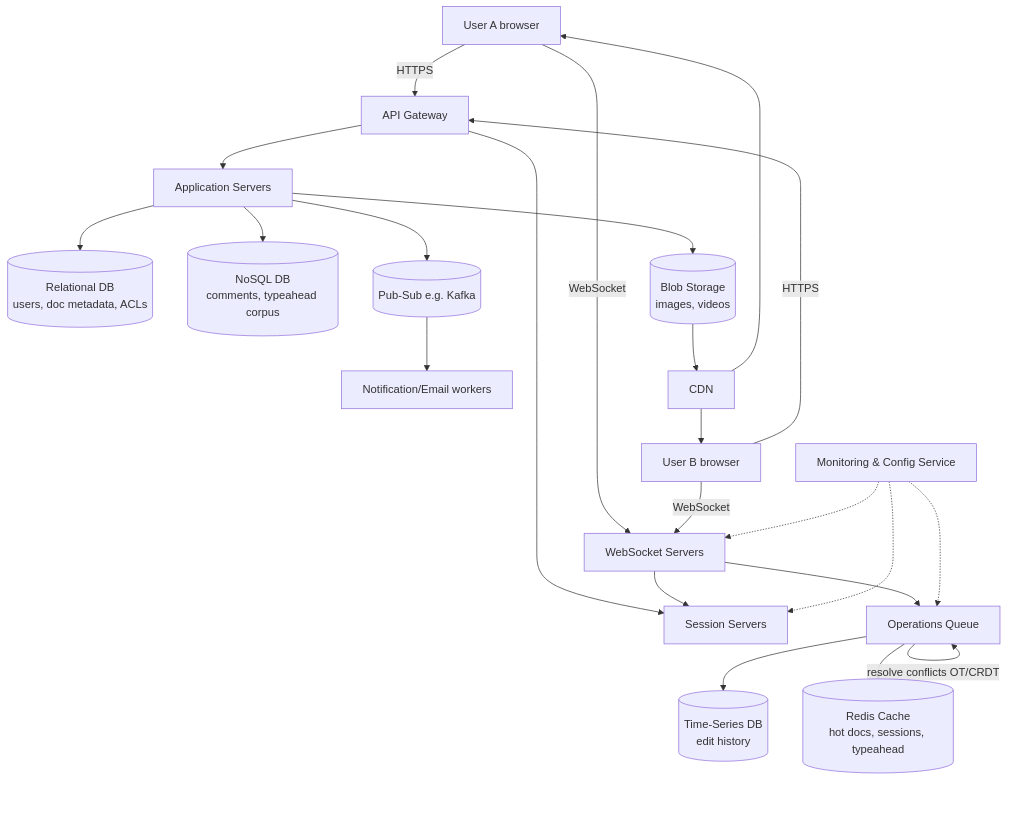
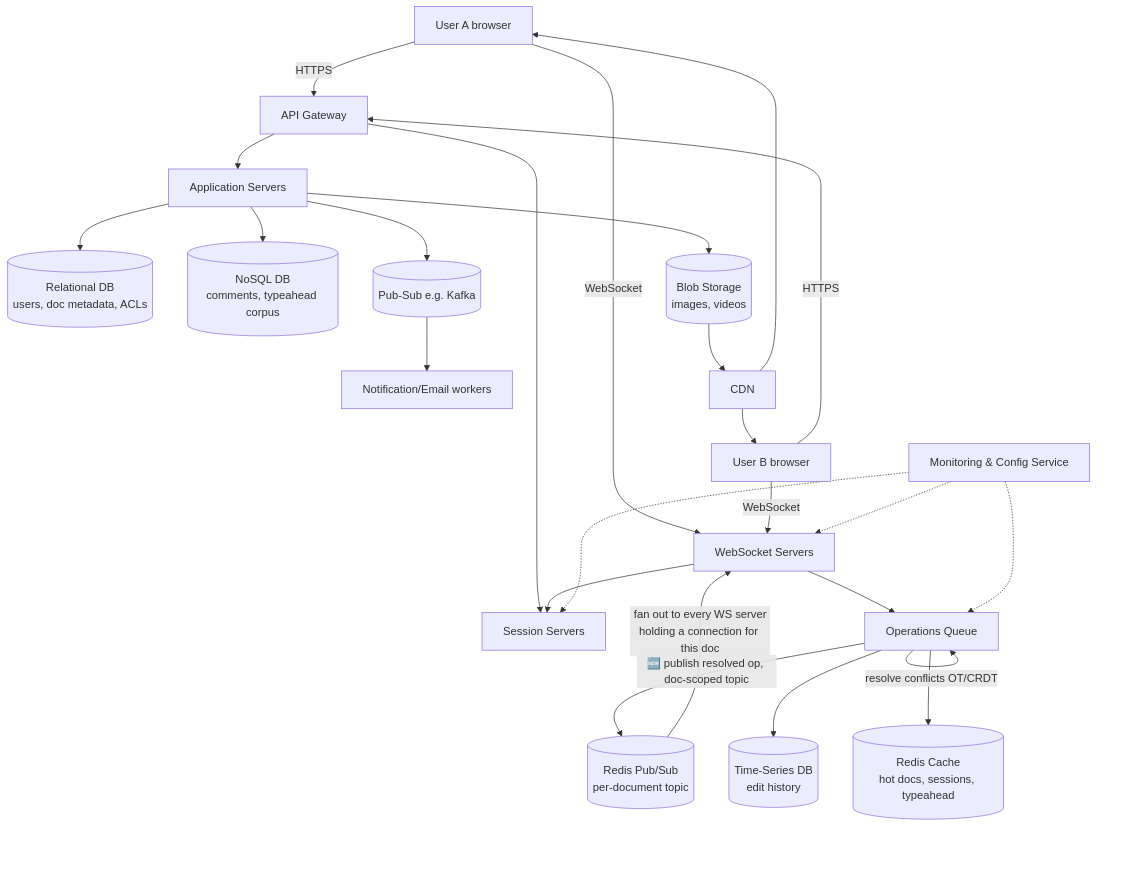
Before and after one commit to riyaz-pasha/Learnings: the third of 14 diagrams in system-design/HLD/0-course/38-Design-a-Collaborative-Document-Editing-Service-Google-Docs-FAANG-Guide.md, drawn with Mermaid. The commit also changed other lines of this file and 50 other files, not shown here.

````diff
--- a/system-design/HLD/0-course/38-Design-a-Collaborative-Document-Editing-Service-Google-Docs-FAANG-Guide.md
+++ b/system-design/HLD/0-course/38-Design-a-Collaborative-Document-Editing-Service-Google-Docs-FAANG-Guide.md
@@ -141,30 +177,32 @@
 ```mermaid
 graph TD
     U1[User A browser] -- WebSocket --> WS[WebSocket Servers]
     U2[User B browser] -- WebSocket --> WS
     U1 -- HTTPS --> GW[API Gateway]
     U2 -- HTTPS --> GW
 
     GW --> AS[Application Servers]
     GW --> SS[Session Servers]
     WS --> SS
     WS --> OQ[Operations Queue]
 
     OQ -->|resolve conflicts OT/CRDT| OQ
+    OQ -->|🆕 publish resolved op, doc-scoped topic| DocPS[(Redis Pub/Sub<br/>per-document topic)]
+    DocPS -->|fan out to every WS server<br/>holding a connection for this doc| WS
     OQ --> TSDB[(Time-Series DB<br/>edit history)]
     OQ --> Cache[(Redis Cache<br/>hot docs, sessions, typeahead)]
 
     AS --> RDBMS[(Relational DB<br/>users, doc metadata, ACLs)]
     AS --> NoSQL[(NoSQL DB<br/>comments, typeahead corpus)]
     AS --> Blob[(Blob Storage<br/>images, videos)]
     AS --> PubSub[(Pub-Sub e.g. Kafka)]
 
     PubSub --> Notif[Notification/Email workers]
     Blob --> CDN[CDN]
     CDN --> U1
     CDN --> U2
 
     Mon[Monitoring & Config Service] -.-> WS
     Mon -.-> OQ
     Mon -.-> SS
 ```
````
